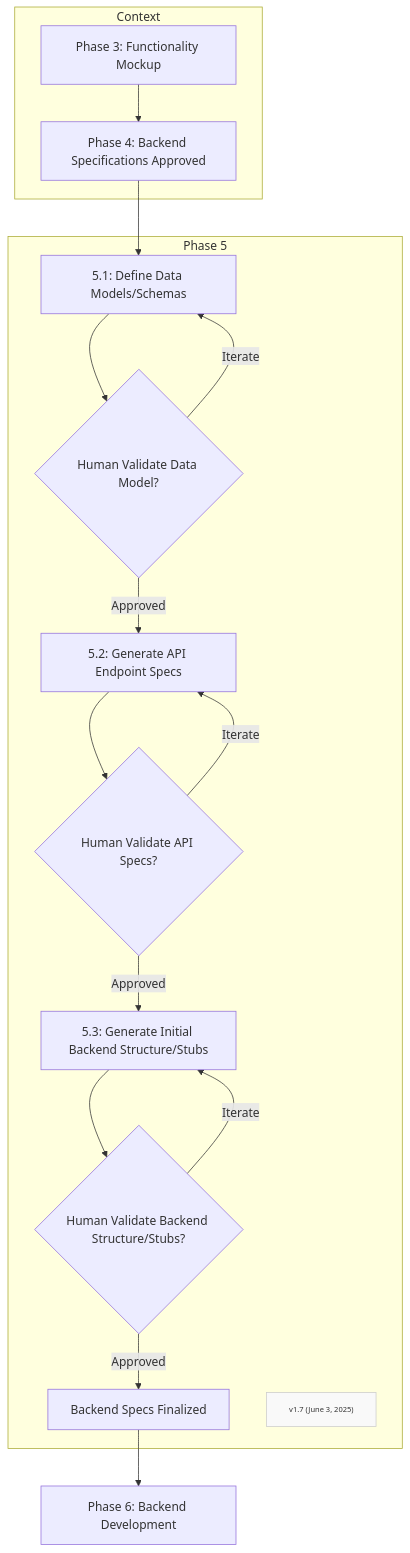
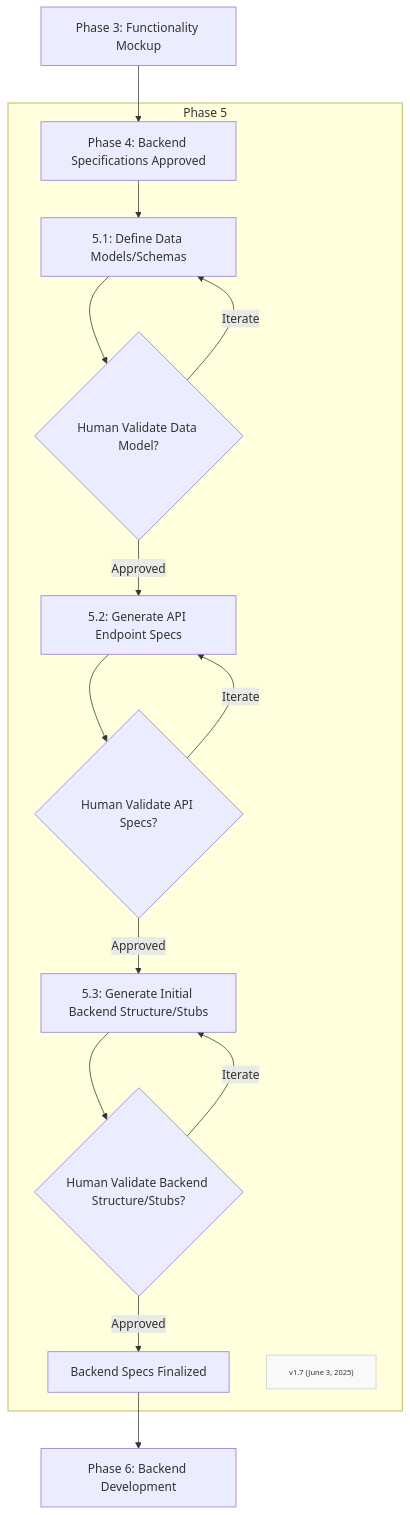
The diagram in Phases/FF-phase5.md (Mharbulous/Front-First-Method), drawn with Mermaid before and after one commit.

````diff
--- a/Phases/FF-phase5.md
+++ b/Phases/FF-phase5.md
@@ -1,29 +1,28 @@
 ```mermaid
 graph TD
 
-    subgraph Context["Context"]
+    
         Phase3["Phase 3: Functionality Mockup"] --> Phase4["Phase 4: Backend Specifications Approved"]
-        
-    end
+    
 
     subgraph Phase5["Phase 5"]
         Phase4["Phase 4: Backend Specifications Approved"] --> Phase5_1        
         Phase5_1["5.1: Define Data Models/Schemas"]    
         Phase5_1 --> Phase5_1_Val{"Human Validate Data Model?"}
         Phase5_1_Val -->|Iterate| Phase5_1
         Phase5_1_Val -->|Approved| Phase5_2["5.2: Generate API Endpoint Specs"]
         Phase5_2 --> Phase5_2_Val{"Human Validate API Specs?"}
         Phase5_2_Val -->|Iterate| Phase5_2
         Phase5_2_Val -->|Approved| Phase5_3["5.3: Generate Initial Backend Structure/Stubs"]
         Phase5_3 --> Phase5_3_Val{"Human Validate Backend Structure/Stubs?"}
         Phase5_3_Val -->|Iterate| Phase5_3
         Phase5_3_Val -->|Approved| BackendSpecsFinalized["Backend Specs Finalized"]
         Version["v1.7 (June 3, 2025)"]
         classDef version fill:#f9f9f9,stroke:#ccc,font-size:10px
         class Version version
     end
  
 
 
 BackendSpecsFinalized --> Phase6["Phase 6: Backend Development"]
 ```
````
